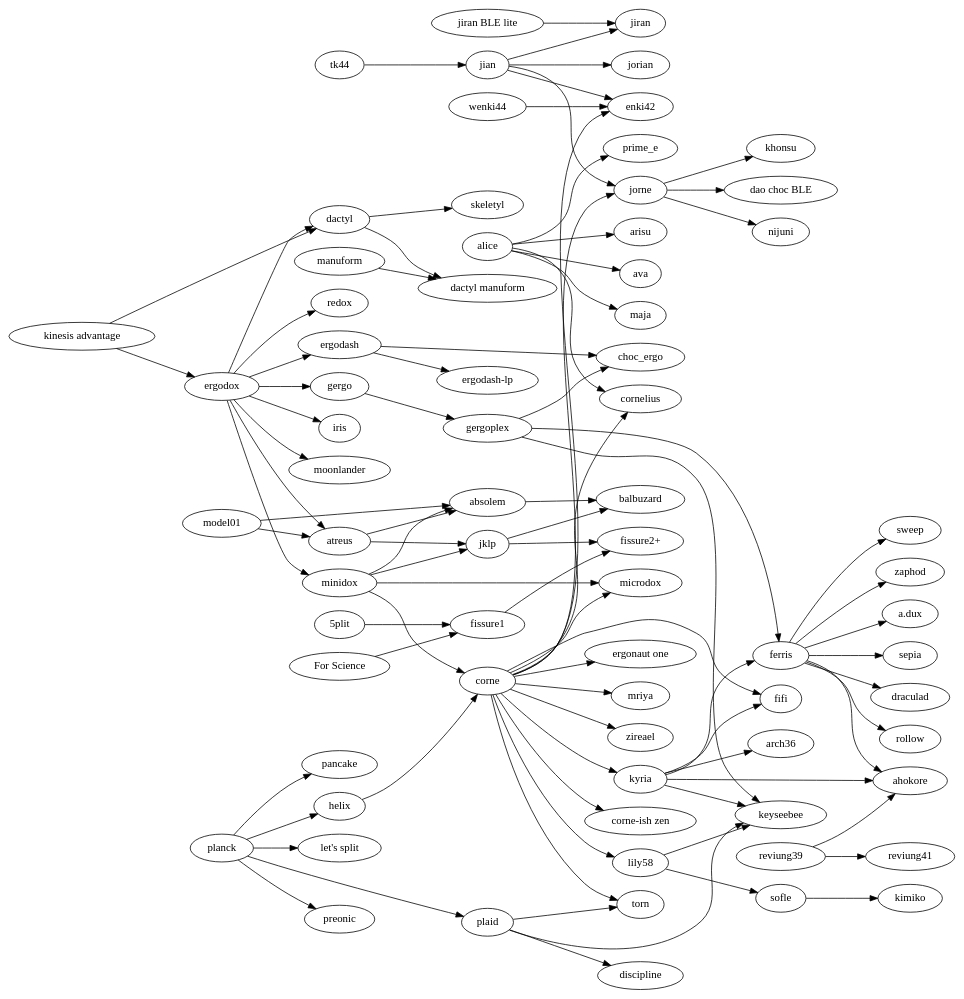
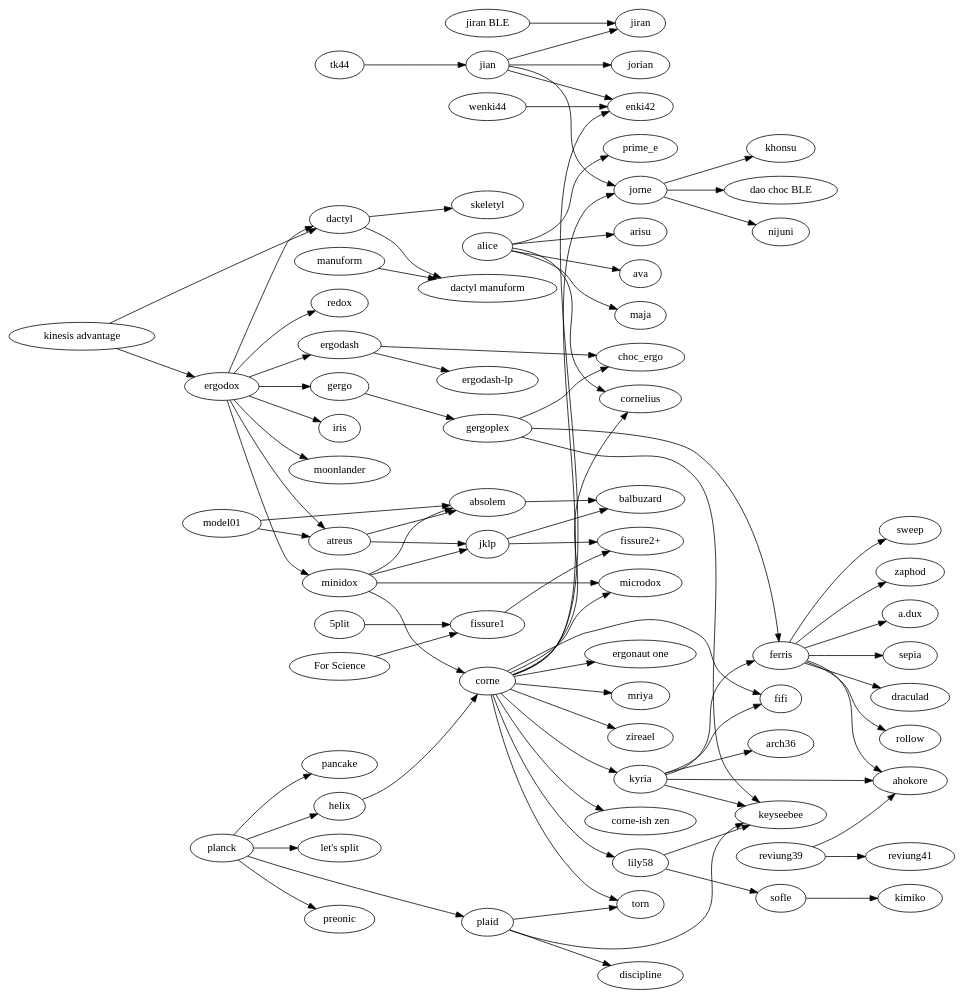
The diagram in tree.gv (joric/graph), drawn with Graphviz before and after one commit.

```diff
--- a/tree.gv
+++ b/tree.gv
@@ -1,155 +1,155 @@
 digraph {
   rankdir=LR;
 
   subgraph splits {
     helix -> corne;
     wenki44 -> enki42;
-    "jiran BLE lite" -> jiran;
+    "jiran BLE" -> jiran;
 
     jian -> {
       jorian;
       jorne;
       jiran;
       enki42;
     }
 
     jorne -> {
       nijuni;
       khonsu;
       "dao choc BLE";
     }
 
     corne -> {
       "corne-ish zen";
       cornelius;
       fifi;
       kyria;
       lily58;
       microdox;
       torn;
       jorne;
       "ergonaut one";
       mriya;
       zireael;
       enki42;
     };
 
     lily58 -> {
       keyseebee;
       sofle;
     };
 
     kyria -> {
         ahokore;
         arch36;
         ferris;
         fifi;
         keyseebee;
     };
 
     "kinesis advantage" -> {
       ergodox;
       dactyl;
     };
 
     ergodox -> {
       atreus;
       dactyl;
       ergodash;
       gergo;
       iris;
       minidox;
       moonlander;
       redox;
     };
 
     ergodash -> {
       "ergodash-lp";
       choc_ergo;
     };
 
     gergo -> gergoplex;
     gergoplex -> {
       choc_ergo;
       ferris;
       keyseebee;
     };
 
     ferris -> {
       ahokore;
       sepia;
       draculad;
       rollow;
       sweep;
       zaphod;
       "a.dux";
     };
 
     manuform -> "dactyl manuform";
 
     minidox -> {
       absolem;
       corne;
       microdox;
       jklp;
     };
 
     model01 -> {
       absolem;
       atreus;
     };
 
     sofle -> kimiko;
 
     "5plit" -> "fissure1";
     "For Science" -> "fissure1";
     fissure1 -> "fissure2+";
     jklp -> "fissure2+";
   }
 
   subgraph unibody {
     atreus -> {
       absolem;
       jklp;
     };
     jklp -> balbuzard;
     absolem -> balbuzard;
     reviung39 -> {
       ahokore;
       reviung41;
     };
     tk44->jian;
   };
 
   subgraph ortholinear {
     plaid -> {
       discipline;
       keyseebee;
       torn;
     };
     planck -> {
       helix;
       "let's split";
       plaid;
       preonic;
       pancake;
     };
   }
 
   subgraph {
     dactyl -> {
       "dactyl manuform";
       skeletyl;
     }
   }
 
   subgraph alicefamily {
     alice -> {
       arisu;
       ava;
       cornelius;
       maja;
       prime_e;
     }
   }
 }
```
